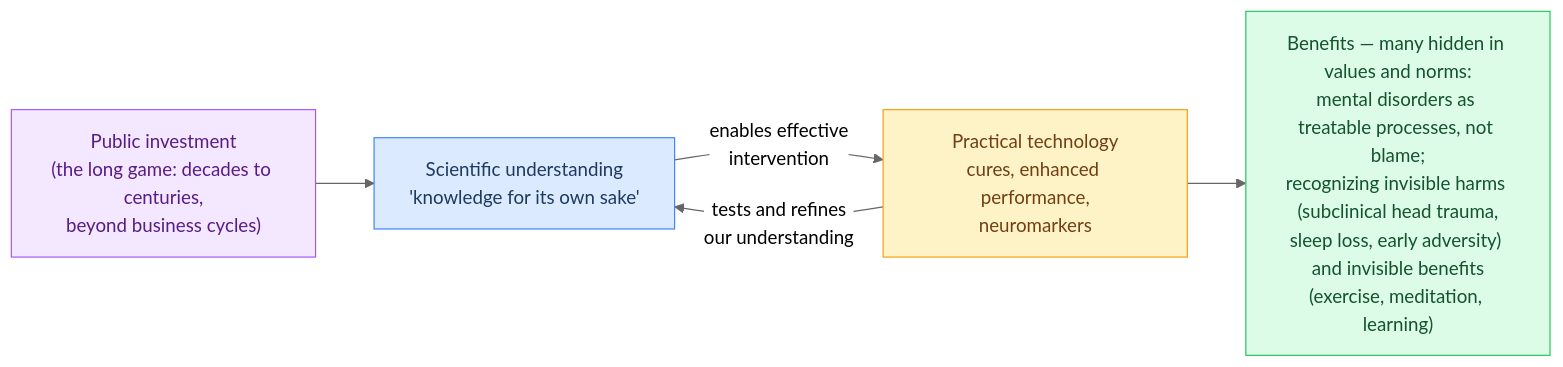
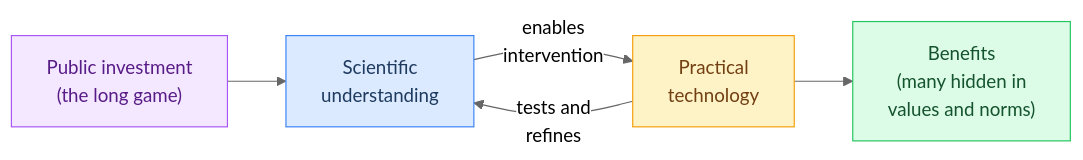
The sixth of 6 diagrams in part1/ch02-mechanisms-and-concepts-brain-and.md (torwager/elements-of-fmri-tutorials), drawn with Mermaid (neutral theme) before and after one commit. The commit also changed other lines of this file and 64 other files, not shown here.

First line of the commit message:
Polish batch A (ch 1-21): equation where-lines + hover tooltips, verbose comments, example outputs, resource links, figure rights + fixes, mermaid cleanup

````diff
--- a/part1/ch02-mechanisms-and-concepts-brain-and.md
+++ b/part1/ch02-mechanisms-and-concepts-brain-and.md
@@ -107,11 +118,11 @@
 ```{mermaid}
 flowchart LR
-    U["Scientific understanding<br/>'knowledge for its own sake'"] -->|"enables effective<br/>intervention"| T["Practical technology<br/>cures, enhanced performance,<br/>neuromarkers"]
-    T -->|"tests and refines<br/>our understanding"| U
-    PI["Public investment<br/>(the long game: decades to centuries,<br/>beyond business cycles)"] --> U
-    T --> B["Benefits — many hidden in values and norms:<br/>mental disorders as treatable processes, not blame;<br/>recognizing invisible harms (subclinical head trauma,<br/>sleep loss, early adversity) and invisible benefits<br/>(exercise, meditation, learning)"]
+    PI["Public investment<br/>(the long game)"] --> U["Scientific<br/>understanding"]
+    U -->|"enables<br/>intervention"| T["Practical<br/>technology"]
+    T -->|"tests and<br/>refines"| U
+    T --> B["Benefits<br/>(many hidden in<br/>values and norms)"]
     style U fill:#dbeafe,stroke:#3b82f6,color:#1e3a5f
     style T fill:#fef3c7,stroke:#f59e0b,color:#713f12
     style PI fill:#f3e8ff,stroke:#a855f7,color:#581c87
     style B fill:#dcfce7,stroke:#22c55e,color:#14532d
 ```
````
